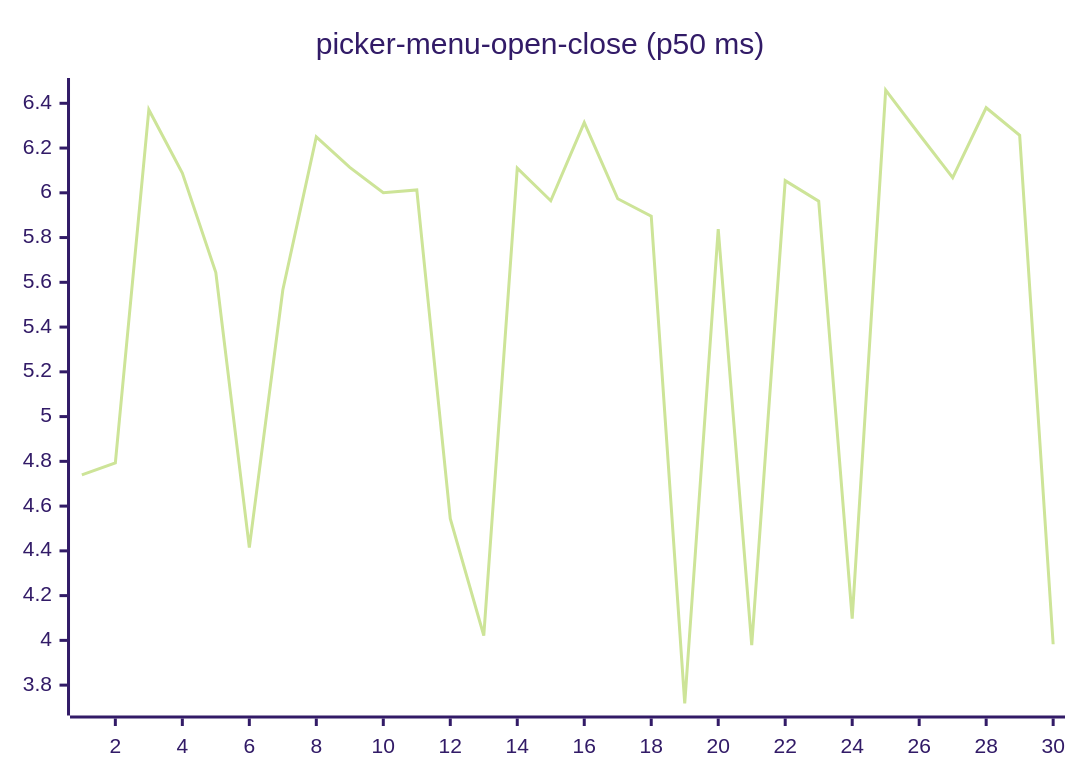
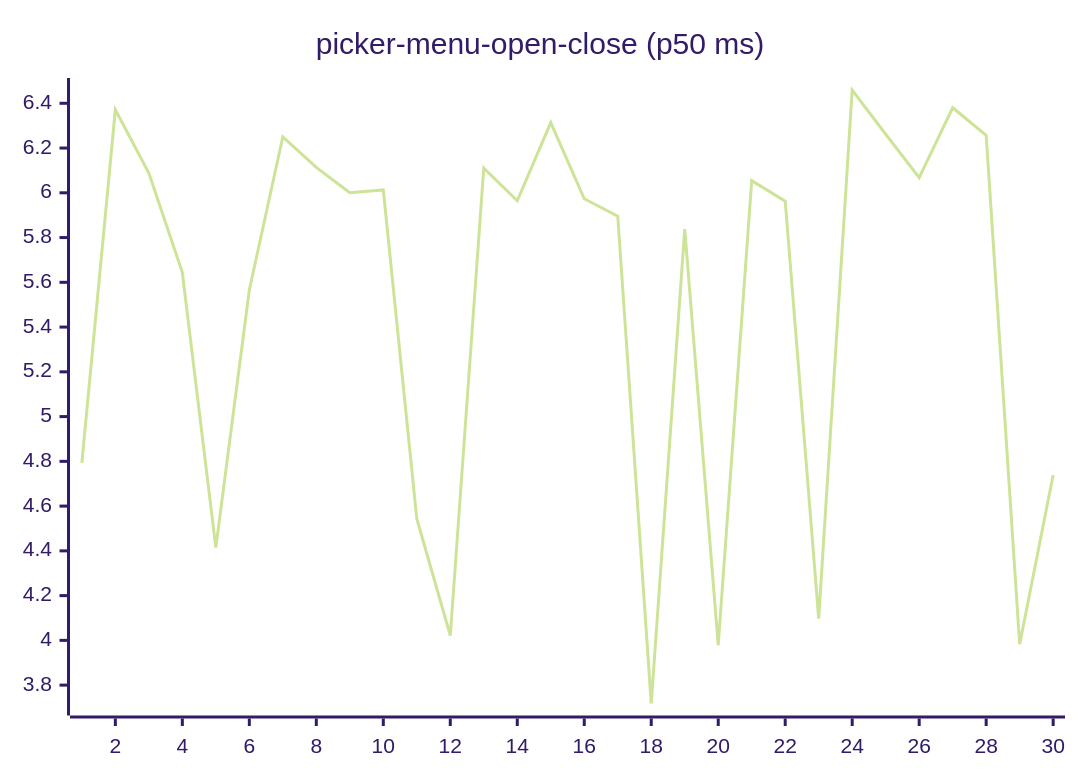
Before and after one commit to josha/Facet: diagram 16 of 27 in README.md, drawn with Mermaid (forest theme). The commit also changed other lines of this file and 2 other files, not shown here.

````diff
--- a/README.md
+++ b/README.md
@@ -168,6 +168,6 @@
 ```mermaid
 xychart-beta
     title "picker-menu-open-close (p50 ms)"
     x-axis 1 --> 30
-    line [4.7397, 4.7934, 6.3713, 6.0885, 5.6440, 4.4145, 5.5656, 6.2500, 6.1133, 6.0006, 6.0128, 4.5439, 4.0216, 6.1100, 5.9646, 6.3137, 5.9733, 5.8960, 3.7179, 5.8378, 3.9788, 6.0543, 5.9629, 4.0972, 6.4594, 6.2618, 6.0678, 6.3801, 6.2569, 3.9826]
+    line [4.7934, 6.3713, 6.0885, 5.6440, 4.4145, 5.5656, 6.2500, 6.1133, 6.0006, 6.0128, 4.5439, 4.0216, 6.1100, 5.9646, 6.3137, 5.9733, 5.8960, 3.7179, 5.8378, 3.9788, 6.0543, 5.9629, 4.0972, 6.4594, 6.2618, 6.0678, 6.3801, 6.2569, 3.9826, 4.7388]
 ```
````
